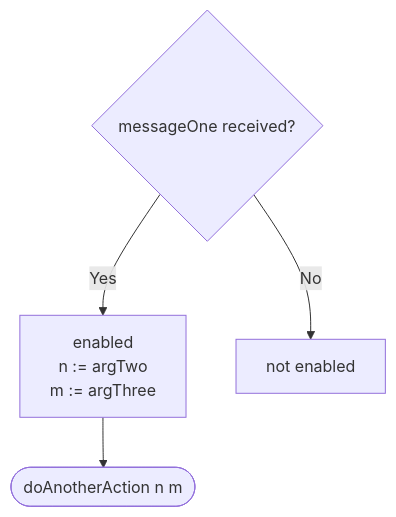
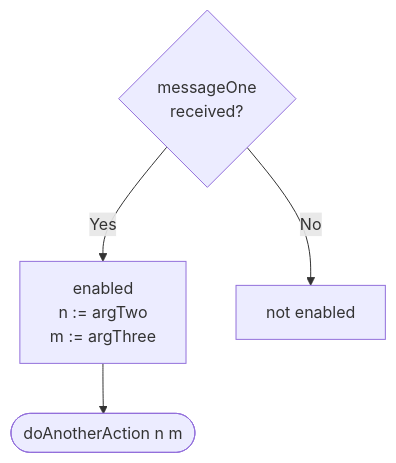
Before and after one commit to anoma/nspec: the diagram in docs/tutorial/engines/template/engine_dynamics.juvix.md, drawn with Mermaid. The commit also changed other lines of this file, not shown here.

Commit message:
add mermaid live link and a <br> in the guard diagram

````diff
--- a/docs/tutorial/engines/template/engine_dynamics.juvix.md
+++ b/docs/tutorial/engines/template/engine_dynamics.juvix.md
@@ -546,7 +546,7 @@
         ```mermaid
         flowchart TD
-            C{messageOne received?}
+            C{messageOne<br>received?}
             C -->|Yes| D[enabled<br>n := argTwo<br>m := argThree ]
             C -->|No| E[not enabled]
             D --> F([doAnotherAction n m])
         ```
````
